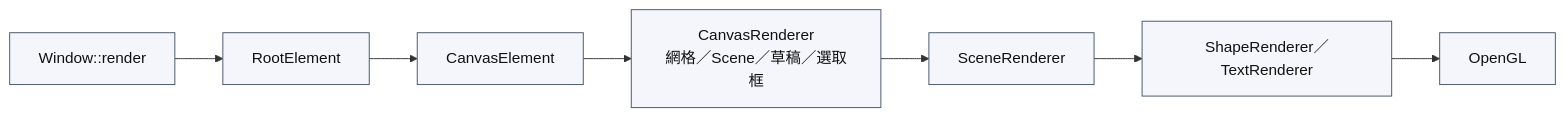
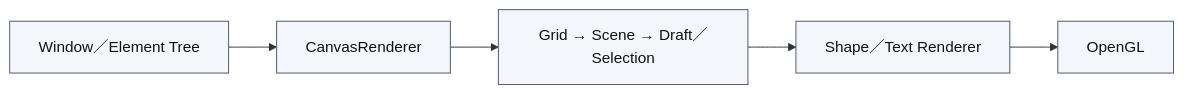
One commit to YuanOwO/CG-hw1-paint changed the diagram in docs/figures-src/ch03_render-pipeline.mmd. Above: the diagram before and after it, drawn with Mermaid. The commit also changed 42 other files, not shown here.

First line of the commit message:
docs: 重整報告內容並更新圖表資源

```diff
--- a/docs/figures-src/ch03_render-pipeline.mmd
+++ b/docs/figures-src/ch03_render-pipeline.mmd
@@ -1,10 +1,8 @@
 flowchart LR
-    window[Window::render] --> root[RootElement]
-    root --> canvas[CanvasElement]
-    canvas --> canvasRenderer[CanvasRenderer<br/>網格／Scene／草稿／選取框]
-    canvasRenderer --> sceneRenderer[SceneRenderer]
-    sceneRenderer --> leaf[ShapeRenderer／TextRenderer]
-    leaf --> gl[OpenGL]
+    tree[Window／Element Tree] --> canvas[CanvasRenderer]
+    canvas --> layers[Grid → Scene → Draft／Selection]
+    layers --> renderer[Shape／Text Renderer]
+    renderer --> gl[OpenGL]
 
     classDef step fill:#f4f6fb,stroke:#49566b,color:#111,stroke-width:1px;
-    class window,root,canvas,canvasRenderer,sceneRenderer,leaf,gl step;
+    class tree,canvas,layers,renderer,gl step;
```
